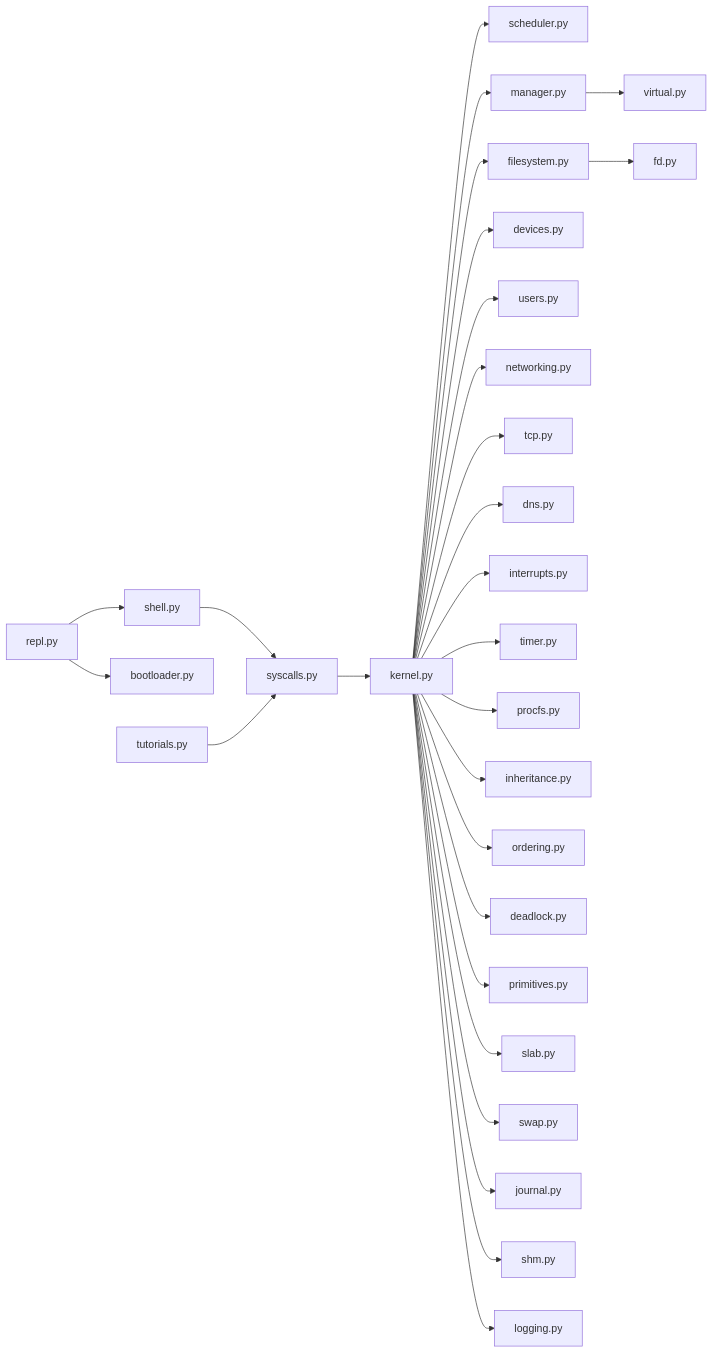
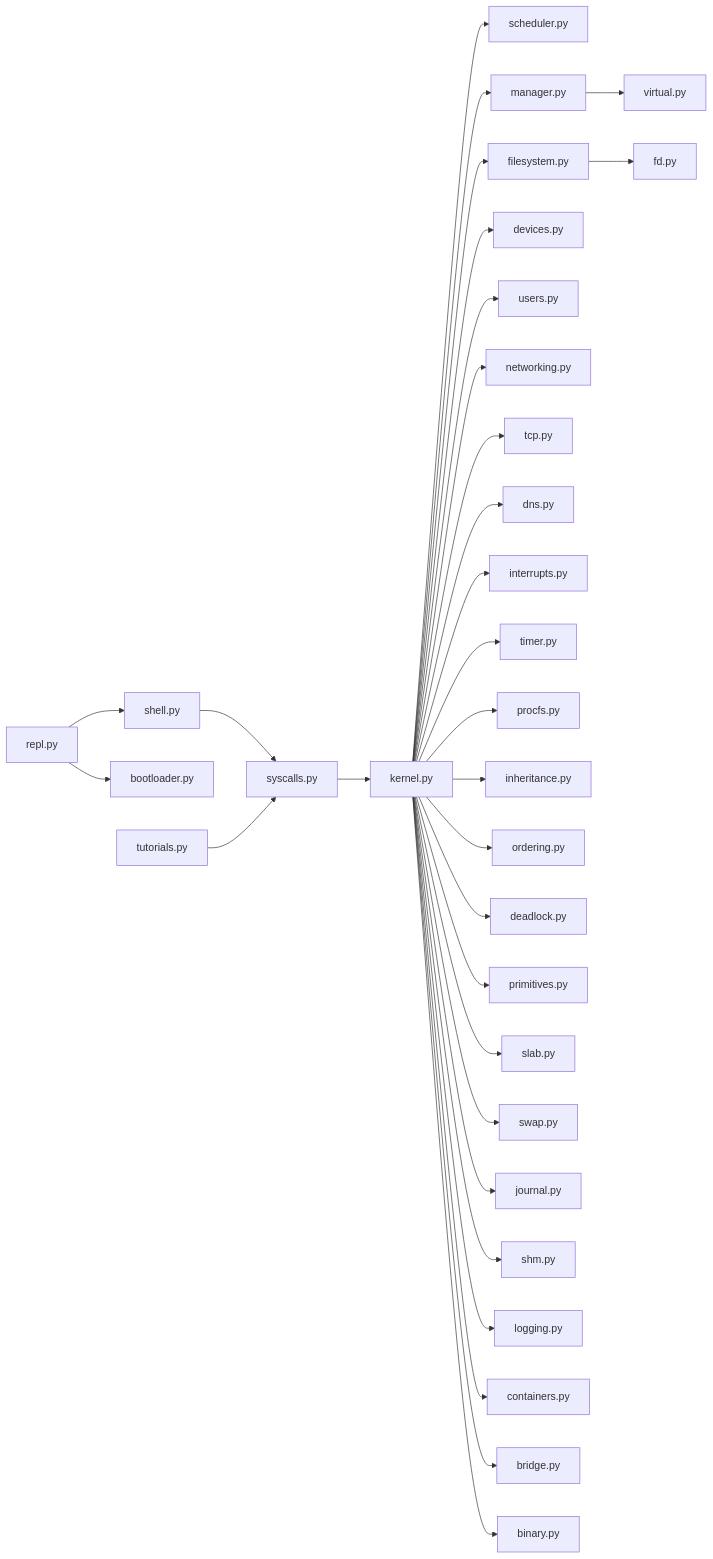
The fourth of 4 diagrams in docs/architecture.md (robcox2910/py-os), drawn with Mermaid before and after one commit. The commit also changed other lines of this file and 33 other files, not shown here.

````diff
--- a/docs/architecture.md
+++ b/docs/architecture.md
@@ -108,30 +108,33 @@
 ```mermaid
 graph LR
     shell[shell.py] --> syscalls[syscalls.py]
     syscalls --> kernel[kernel.py]
     kernel --> scheduler[scheduler.py]
     kernel --> manager[manager.py]
     kernel --> filesystem[filesystem.py]
     kernel --> devices[devices.py]
     kernel --> users[users.py]
     kernel --> networking[networking.py]
     kernel --> tcp[tcp.py]
     kernel --> dns[dns.py]
     kernel --> interrupts[interrupts.py]
     kernel --> timer[timer.py]
     kernel --> procfs[procfs.py]
     kernel --> inheritance[inheritance.py]
     kernel --> ordering[ordering.py]
     kernel --> deadlock[deadlock.py]
     kernel --> primitives[primitives.py]
     kernel --> slab[slab.py]
     kernel --> swap[swap.py]
     kernel --> journal[journal.py]
     kernel --> shm[shm.py]
     kernel --> logging[logging.py]
+    kernel --> containers[containers.py]
+    kernel --> bridge[bridge.py]
+    kernel --> binary[binary.py]
     manager --> virtual[virtual.py]
     filesystem --> fd[fd.py]
     repl[repl.py] --> bootloader[bootloader.py]
     repl --> shell
     tutorials[tutorials.py] --> syscalls
 ```
````
